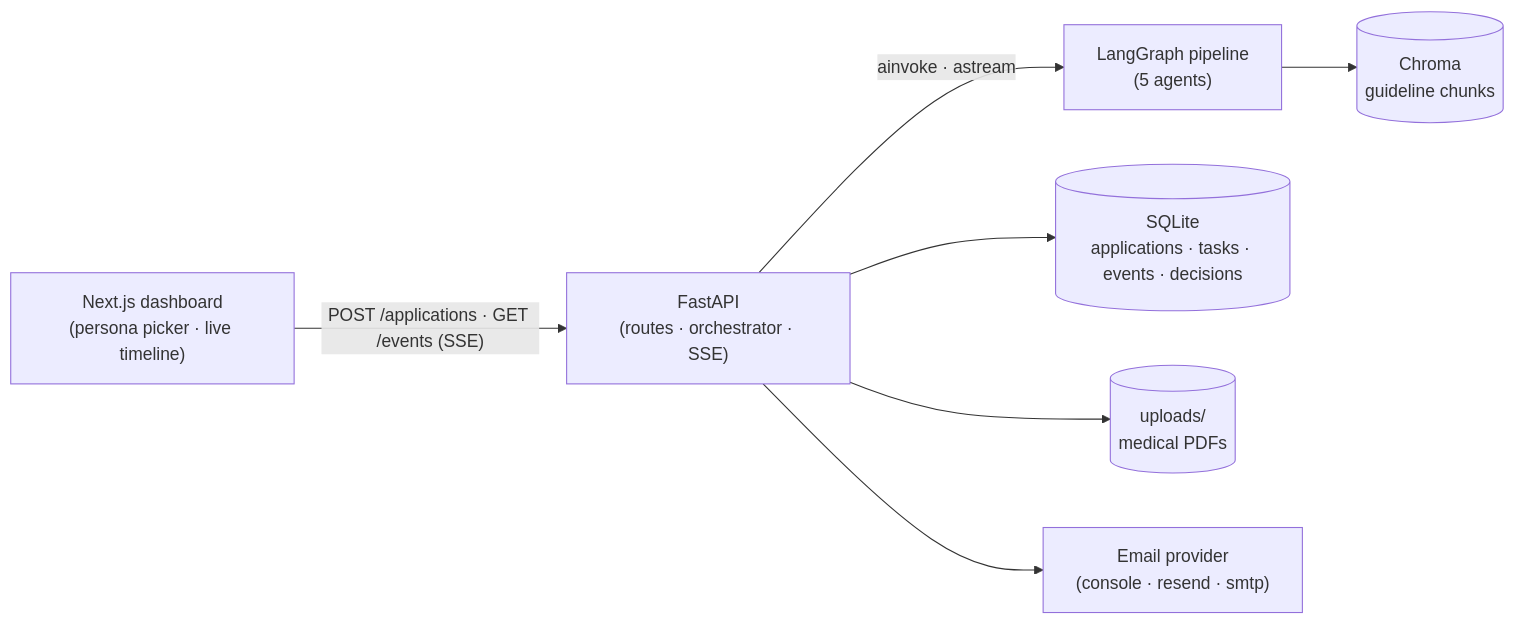
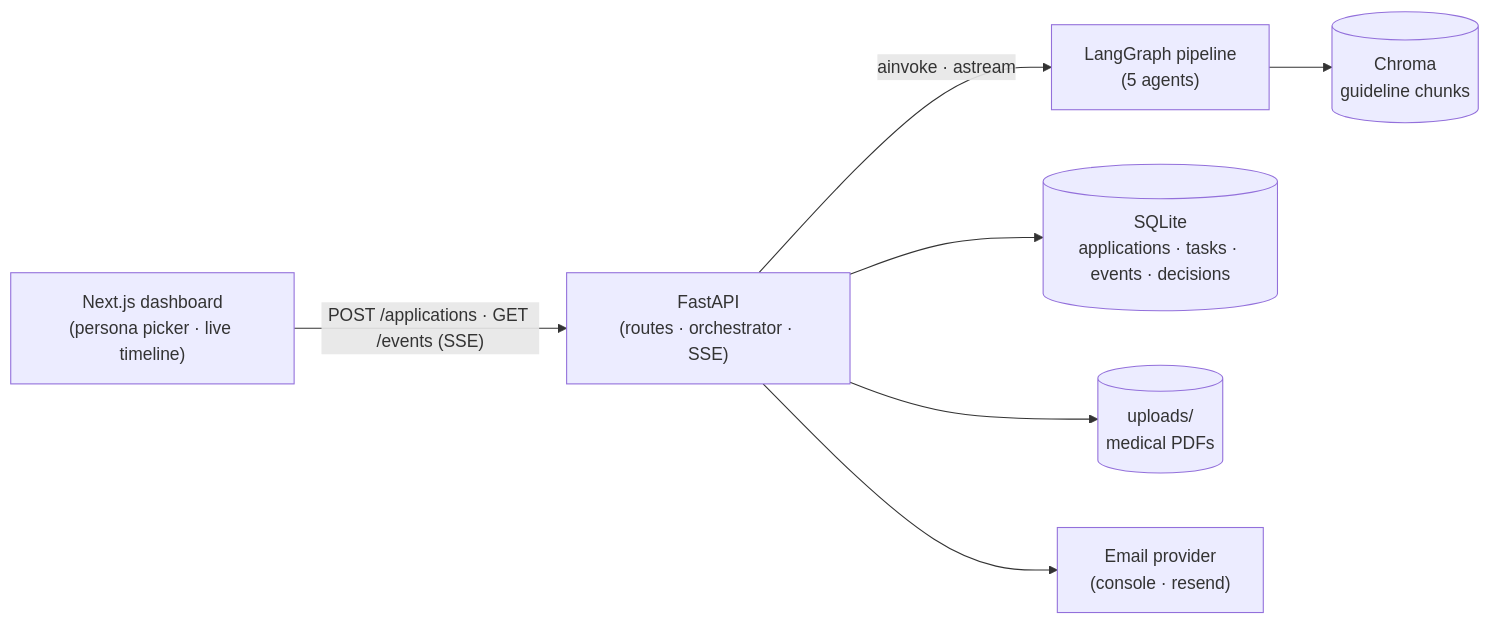
Before and after one commit to mcaleb808/underwrite-ai: the first of 2 diagrams in README.md, drawn with Mermaid. The commit also changed 1 other file, not shown here.

Commit message:
docs: drop stale smtp references and describe the new email flow
readme's mermaid diagram still listed smtp as an email provider; architecture.md still described the old three-f-string render and the dropped smtp provider. update both to reflect the current shape: resend + console providers, EMAIL_OVERRIDE_TO helper, llm-driven composer with fallback template, minimal html wrapper.

````diff
--- a/README.md
+++ b/README.md
@@ -14,17 +14,17 @@
 ```mermaid
 flowchart LR
   Browser["Next.js dashboard<br/>(persona picker · live timeline)"]
   API["FastAPI<br/>(routes · orchestrator · SSE)"]
   Graph["LangGraph pipeline<br/>(5 agents)"]
   DB[("SQLite<br/>applications · tasks · events · decisions")]
   Chroma[("Chroma<br/>guideline chunks")]
   Uploads[("uploads/<br/>medical PDFs")]
-  Email["Email provider<br/>(console · resend · smtp)"]
+  Email["Email provider<br/>(console · resend)"]
 
   Browser -- "POST /applications · GET /events (SSE)" --> API
   API -- "ainvoke · astream" --> Graph
   Graph --> Chroma
   API --> DB
   API --> Uploads
   API --> Email
 ```
````
